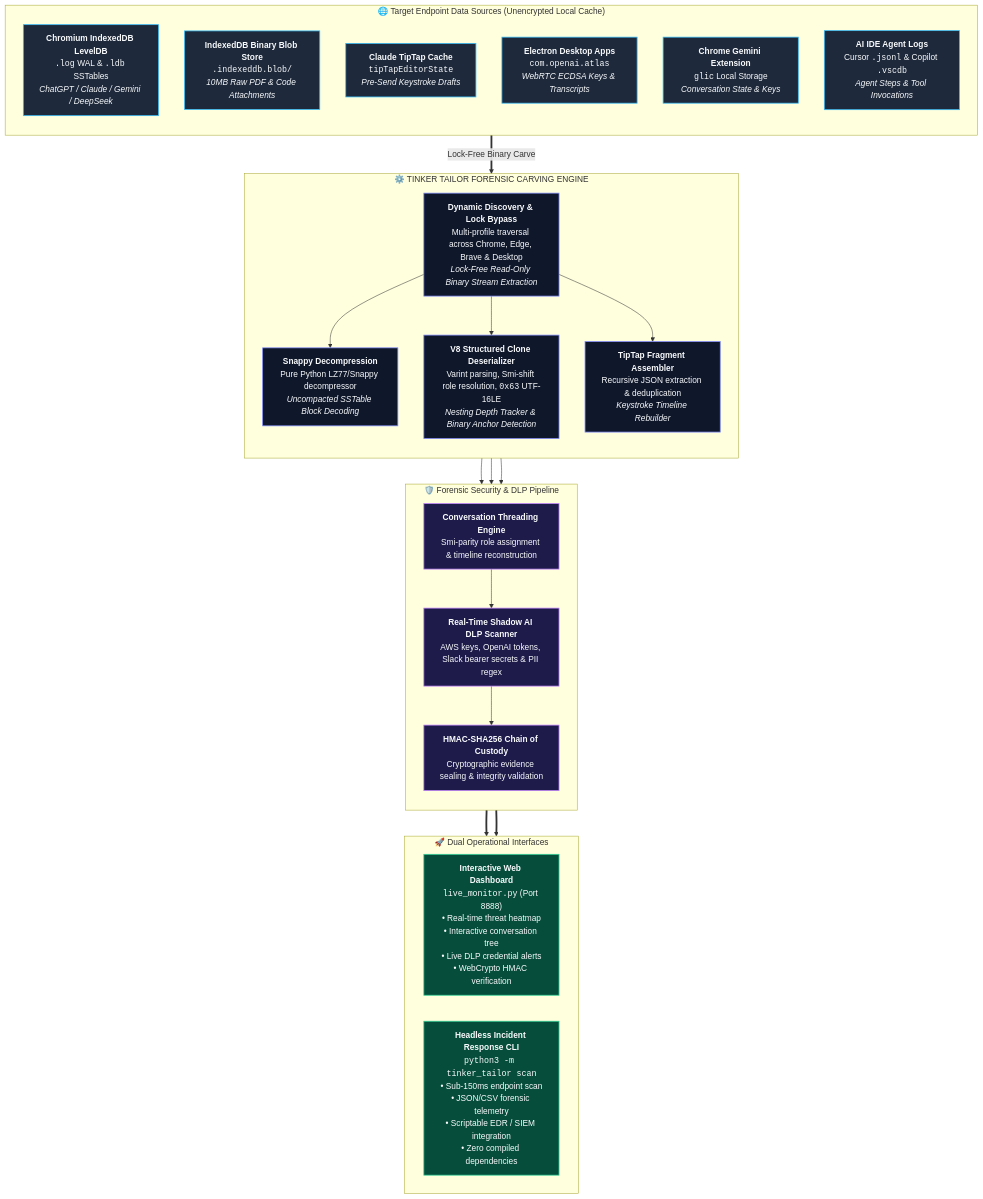
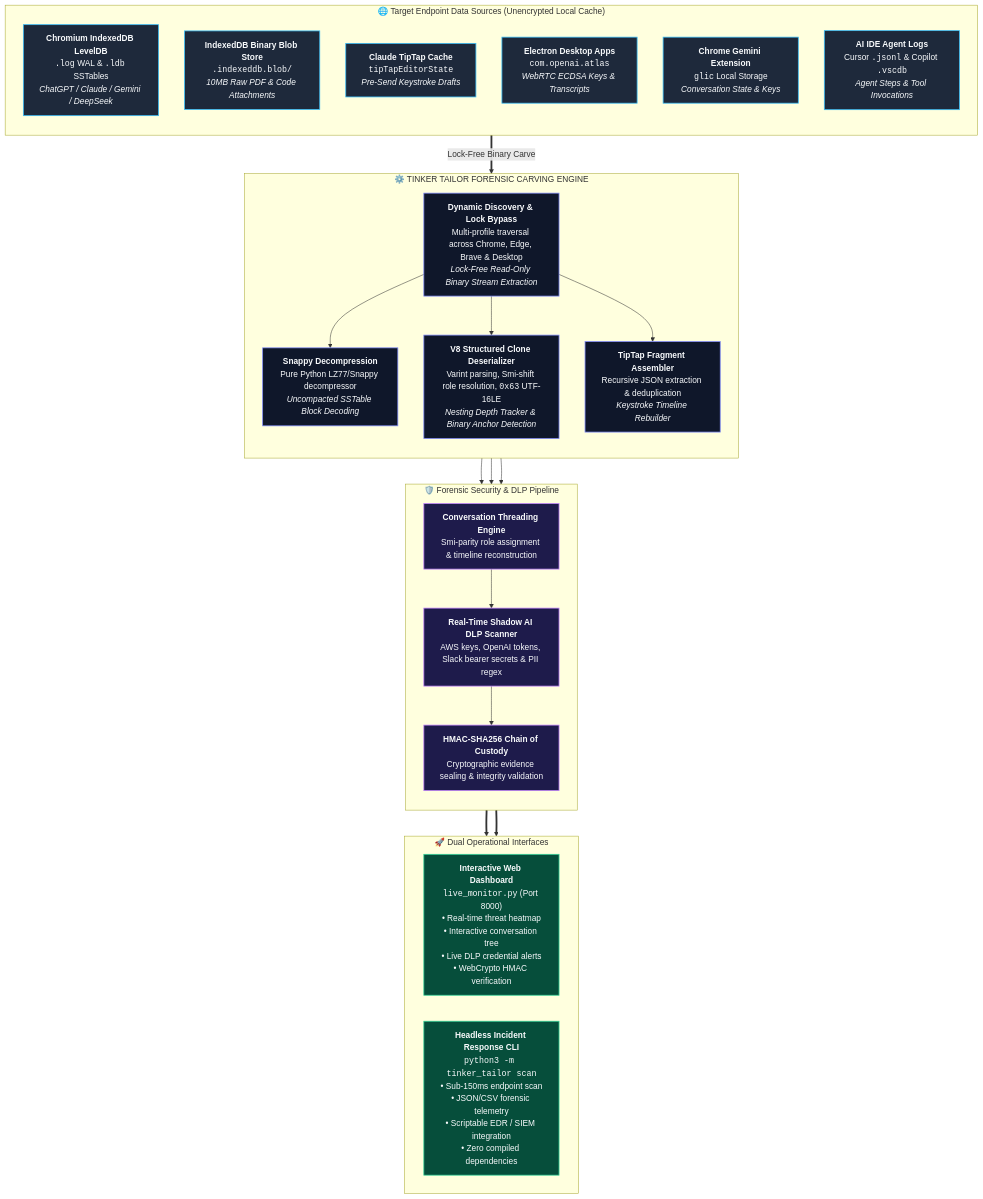
The diagram in README.md (prajwalchowdary2/tinker-tailor-llm-spy-bheu), drawn with Mermaid before and after one commit. The commit also changed other lines of this file, not shown here.

Commit message:
Update default dashboard port reference to 8000 in README.md and Mermaid diagram

````diff
--- a/README.md
+++ b/README.md
@@ -42,56 +42,56 @@
 ```mermaid
 flowchart TD
     subgraph SOURCES[" 🌐 Target Endpoint Data Sources (Unencrypted Local Cache) "]
         direction TB
         S1["<b>Chromium IndexedDB LevelDB</b><br/><code>.log</code> WAL & <code>.ldb</code> SSTables<br/><i>ChatGPT / Claude / Gemini / DeepSeek</i>"]
         S2["<b>IndexedDB Binary Blob Store</b><br/><code>.indexeddb.blob/</code><br/><i>10MB Raw PDF & Code Attachments</i>"]
         S3["<b>Claude TipTap Cache</b><br/><code>tipTapEditorState</code><br/><i>Pre-Send Keystroke Drafts</i>"]
         S4["<b>Electron Desktop Apps</b><br/><code>com.openai.atlas</code><br/><i>WebRTC ECDSA Keys & Transcripts</i>"]
         S5["<b>Chrome Gemini Extension</b><br/><code>glic</code> Local Storage<br/><i>Conversation State & Keys</i>"]
         S6["<b>AI IDE Agent Logs</b><br/>Cursor <code>.jsonl</code> & Copilot <code>.vscdb</code><br/><i>Agent Steps & Tool Invocations</i>"]
     end
 
     subgraph ENGINE[" ⚙️ TINKER TAILOR FORENSIC CARVING ENGINE "]
         direction TB
         E1["<b>Dynamic Discovery & Lock Bypass</b><br/>Multi-profile traversal across Chrome, Edge, Brave & Desktop<br/><i>Lock-Free Read-Only Binary Stream Extraction</i>"]
         E2["<b>Snappy Decompression</b><br/>Pure Python LZ77/Snappy decompressor<br/><i>Uncompacted SSTable Block Decoding</i>"]
         E3["<b>V8 Structured Clone Deserializer</b><br/>Varint parsing, Smi-shift role resolution, <code>0x63</code> UTF-16LE<br/><i>Nesting Depth Tracker & Binary Anchor Detection</i>"]
         E4["<b>TipTap Fragment Assembler</b><br/>Recursive JSON extraction & deduplication<br/><i>Keystroke Timeline Rebuilder</i>"]
         
         E1 --> E2
         E1 --> E3
         E1 --> E4
     end
 
     subgraph SECURITY[" 🛡️ Forensic Security & DLP Pipeline "]
         direction TB
         P1["<b>Conversation Threading Engine</b><br/>Smi-parity role assignment & timeline reconstruction"]
         P2["<b>Real-Time Shadow AI DLP Scanner</b><br/>AWS keys, OpenAI tokens, Slack bearer secrets & PII regex"]
         P3["<b>HMAC-SHA256 Chain of Custody</b><br/>Cryptographic evidence sealing & integrity validation"]
         
         P1 --> P2 --> P3
     end
 
     subgraph INTERFACES[" 🚀 Dual Operational Interfaces "]
         direction LR
-        UI["<b>Interactive Web Dashboard</b><br/><code>live_monitor.py</code> (Port 8888)<br/>• Real-time threat heatmap<br/>• Interactive conversation tree<br/>• Live DLP credential alerts<br/>• WebCrypto HMAC verification"]
+        UI["<b>Interactive Web Dashboard</b><br/><code>live_monitor.py</code> (Port 8000)<br/>• Real-time threat heatmap<br/>• Interactive conversation tree<br/>• Live DLP credential alerts<br/>• WebCrypto HMAC verification"]
         CLI["<b>Headless Incident Response CLI</b><br/><code>python3 -m tinker_tailor scan</code><br/>• Sub-150ms endpoint scan<br/>• JSON/CSV forensic telemetry<br/>• Scriptable EDR / SIEM integration<br/>• Zero compiled dependencies"]
     end
 
     SOURCES ==>|Lock-Free Binary Carve| E1
     E2 --> P1
     E3 --> P1
     E4 --> P1
     P3 ==> UI
     P3 ==> CLI
 
     classDef src fill:#1e293b,stroke:#38bdf8,stroke-width:1.5px,color:#f8fafc;
     classDef eng fill:#0f172a,stroke:#818cf8,stroke-width:1.5px,color:#f8fafc;
     classDef sec fill:#1e1b4b,stroke:#c084fc,stroke-width:1.5px,color:#f8fafc;
     classDef out fill:#064e3b,stroke:#34d399,stroke-width:1.5px,color:#f8fafc;
 
     class S1,S2,S3,S4,S5,S6 src;
     class E1,E2,E3,E4 eng;
     class P1,P2,P3 sec;
     class UI,CLI out;
 ```
````
